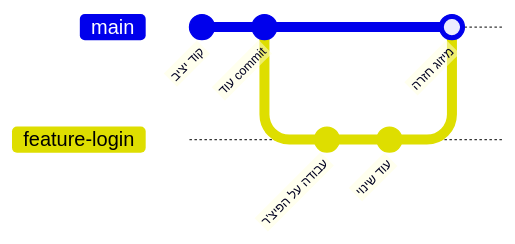
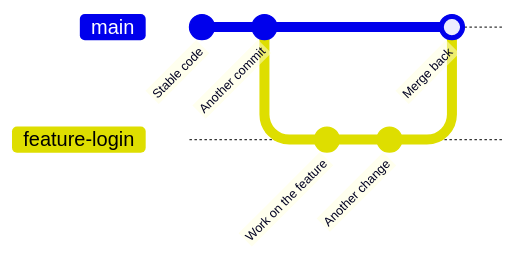
The diagram in content/docs/git/17-git-branches-merge-content.md (neriyaMalachi/FullStack_kodkode_5), drawn with Mermaid before and after one commit. The commit also changed other lines of this file and 117 other files, not shown here.

````diff
--- a/content/docs/git/17-git-branches-merge-content.md
+++ b/content/docs/git/17-git-branches-merge-content.md
@@ -47,11 +47,11 @@
 ```mermaid
 gitGraph
-    commit id: "קוד יציב"
-    commit id: "עוד commit"
+    commit id: "Stable code"
+    commit id: "Another commit"
     branch feature-login
     checkout feature-login
-    commit id: "עבודה על הפיצ'ר"
-    commit id: "עוד שינוי"
+    commit id: "Work on the feature"
+    commit id: "Another change"
     checkout main
-    merge feature-login id: "מיזוג חזרה"
+    merge feature-login id: "Merge back"
 ```
````
